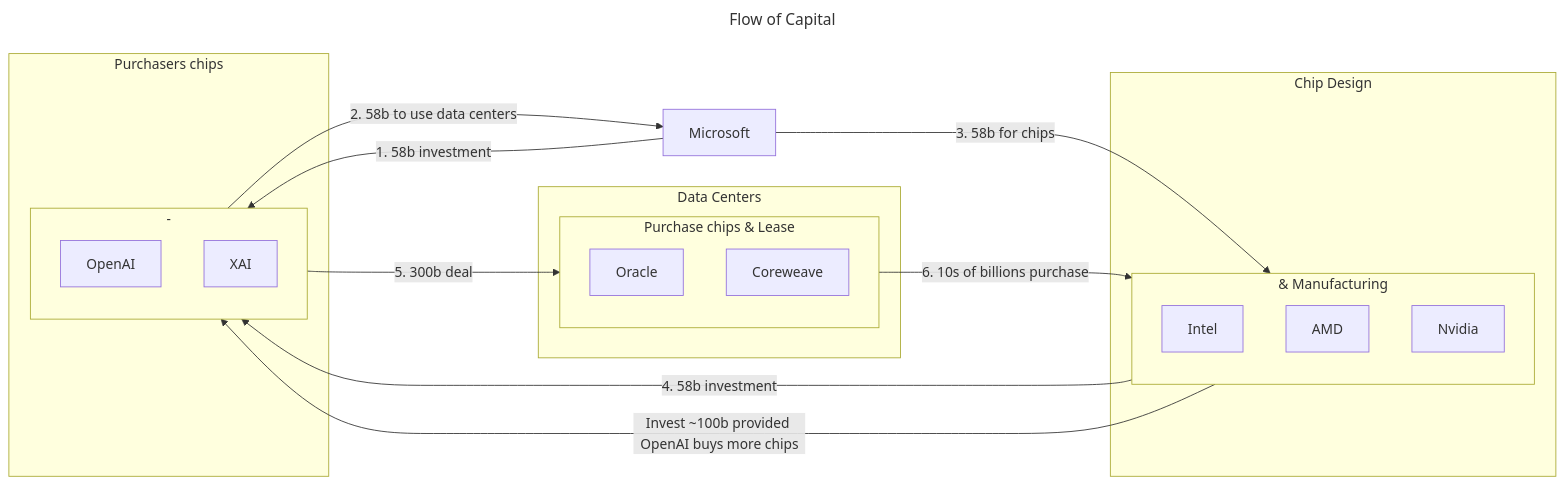
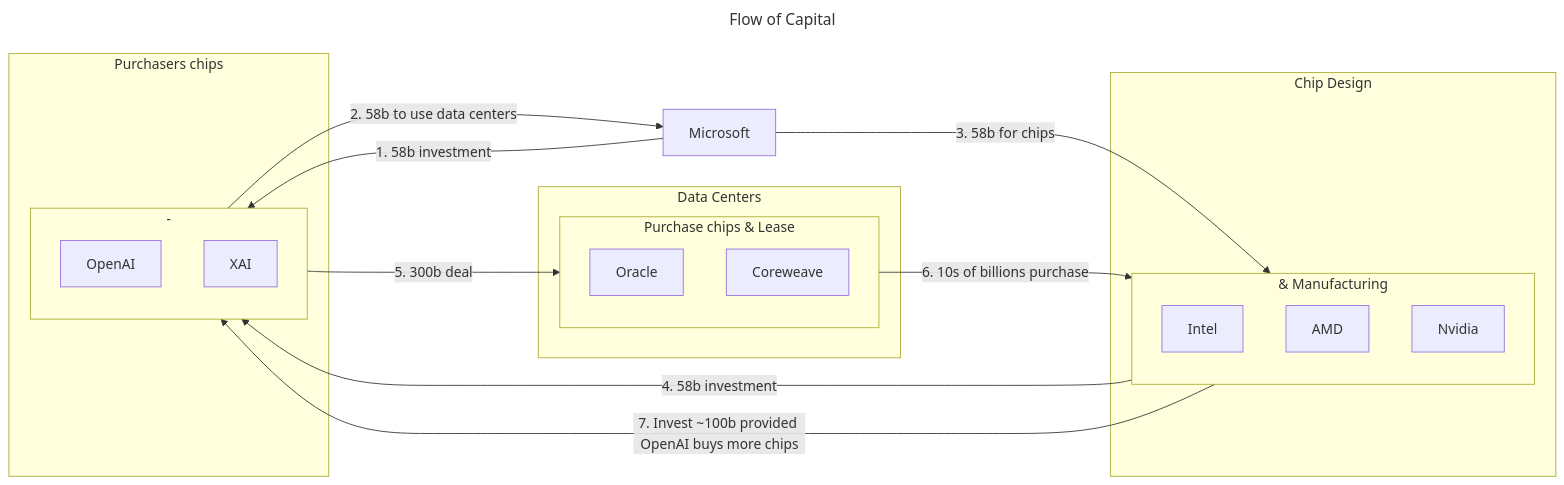
Before and after one commit to Yoshidaishima/docs-basics: the third of 3 diagrams in ai.md, drawn with Mermaid.

````diff
--- a/ai.md
+++ b/ai.md
@@ -23,52 +23,52 @@
 ``` mermaid
 ---
 title: Flow of Capital
 ---
 flowchart LR
 
   i[Intel]
   a[AMD]
   n[Nvidia]
   or[Oracle]
   oa[OpenAI]
   x[XAI]
   m[Microsoft]
   c[Coreweave]
 
 
   subgraph Data Centers
     subgraph Purchase chips & Lease
       direction TB
       or
       c
     end
   end
 
   subgraph Chip Design
     subgraph & Manufacturing
       direction TB
       i
       a
       n
     end
   end
 
   subgraph Purchasers chips
     subgraph -
       direction TB
       oa
       x
     end
   end
 
   m --1. 58b investment--> oa
   oa --2. 58b to use data centers --> m
   m --3. 58b for chips--> n
   n --4. 58b investment--> oa
 
   oa --5. 300b deal--> or
   or --6. 10s of billions purchase--> n
-  n --Invest ~100b provided OpenAI buys more chips--> oa
+  n --7. Invest ~100b provided OpenAI buys more chips--> oa
   
 
 ```
````
